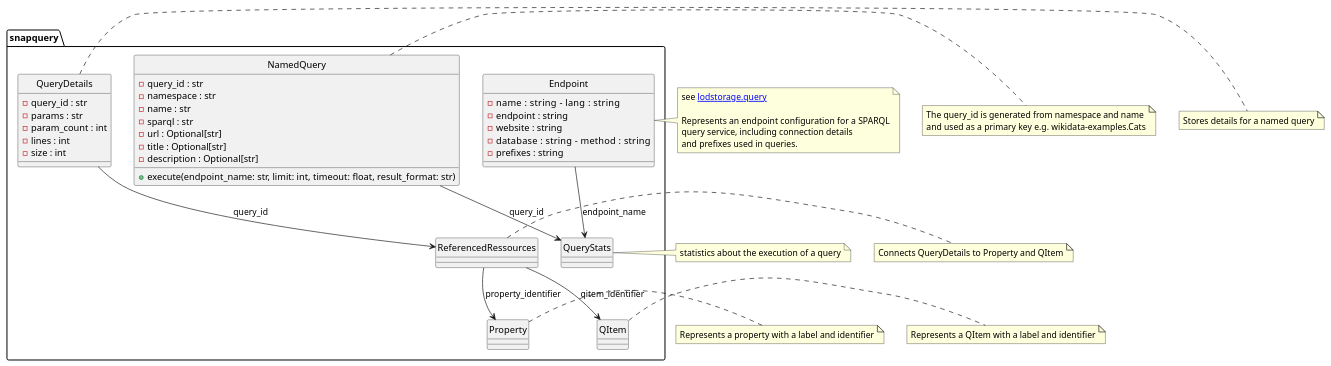
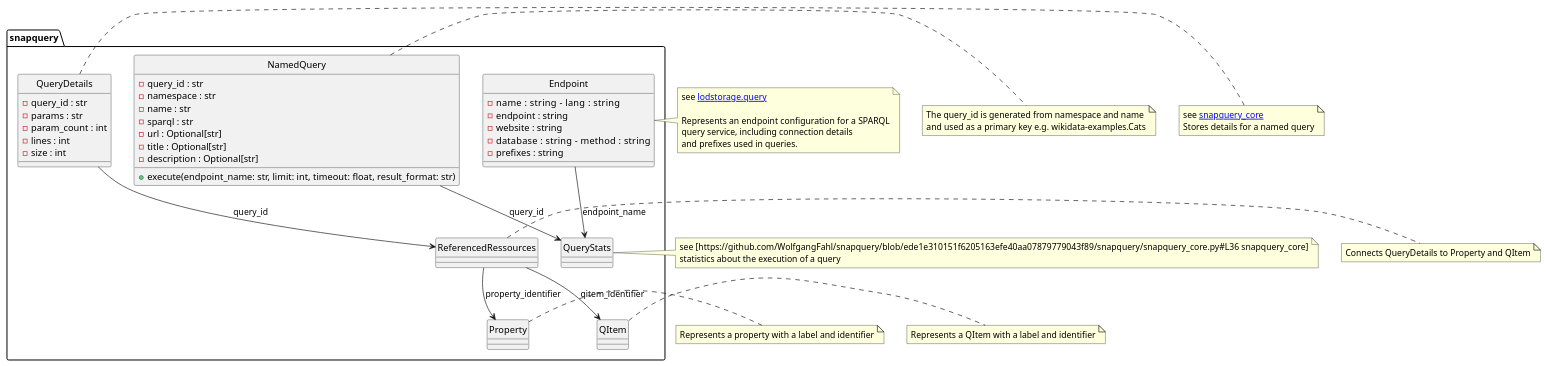
Before and after one commit to WolfgangFahl/snapquery: the diagram in snapquery.puml, drawn with PlantUML. The commit also changed 24 other files, not shown here.

```diff
--- a/snapquery.puml
+++ b/snapquery.puml
@@ -1,75 +1,77 @@
 @startuml
 ' snapquery UML model
 ' see https://github.com/WolfgangFahl/snapquery/blob/main/snapquery.puml
 hide circle
 package snapquery {
     class NamedQuery {
         - query_id : str
         - namespace : str
         - name : str
         - sparql : str
         - url : Optional[str]
         - title : Optional[str]
         - description : Optional[str]
        + execute(endpoint_name: str, limit: int, timeout: float, result_format: str)
     }
     class Endpoint {
         - name : string    - lang : string
         - endpoint : string
         - website : string
         - database : string    - method : string
         - prefixes : string
     }
 
 
     NamedQuery --> QueryStats : query_id
     Endpoint --> QueryStats : endpoint_name
 
     class QueryDetails {
         - query_id : str
         - params : str
         - param_count : int
         - lines : int
         - size : int
     }
 
 
 
     QueryDetails --> ReferencedRessources : query_id
     ReferencedRessources --> Property : property_identifier
     ReferencedRessources --> QItem : qitem_identifier
 }
 
 note right of Endpoint
   see [[https://github.com/WolfgangFahl/pyLoDStorage/blob/66a90ddf94d6ae7436914de330d000a63be75f41/lodstorage/query.py#L707 lodstorage.query]]
 
   Represents an endpoint configuration for a SPARQL
   query service, including connection details
   and prefixes used in queries.
 end note
 
 note right of NamedQuery
   The query_id is generated from namespace and name
   and used as a primary key e.g. wikidata-examples.Cats
 end note
 
 note right of QueryStats
+  see [https://github.com/WolfgangFahl/snapquery/blob/ede1e310151f6205163efe40aa07879779043f89/snapquery/snapquery_core.py#L36 snapquery_core]
   statistics about the execution of a query
 end note
 
 note right of Property
   Represents a property with a label and identifier
 end note
 
 note right of QItem
   Represents a QItem with a label and identifier
 end note
 
 note right of QueryDetails
+  see [[https://github.com/WolfgangFahl/snapquery/blob/ede1e310151f6205163efe40aa07879779043f89/snapquery/snapquery_core.py#L384 snapquery_core]]
   Stores details for a named query
 end note
 
 note right of ReferencedRessources
   Connects QueryDetails to Property and QItem
 end note
 @enduml
```
